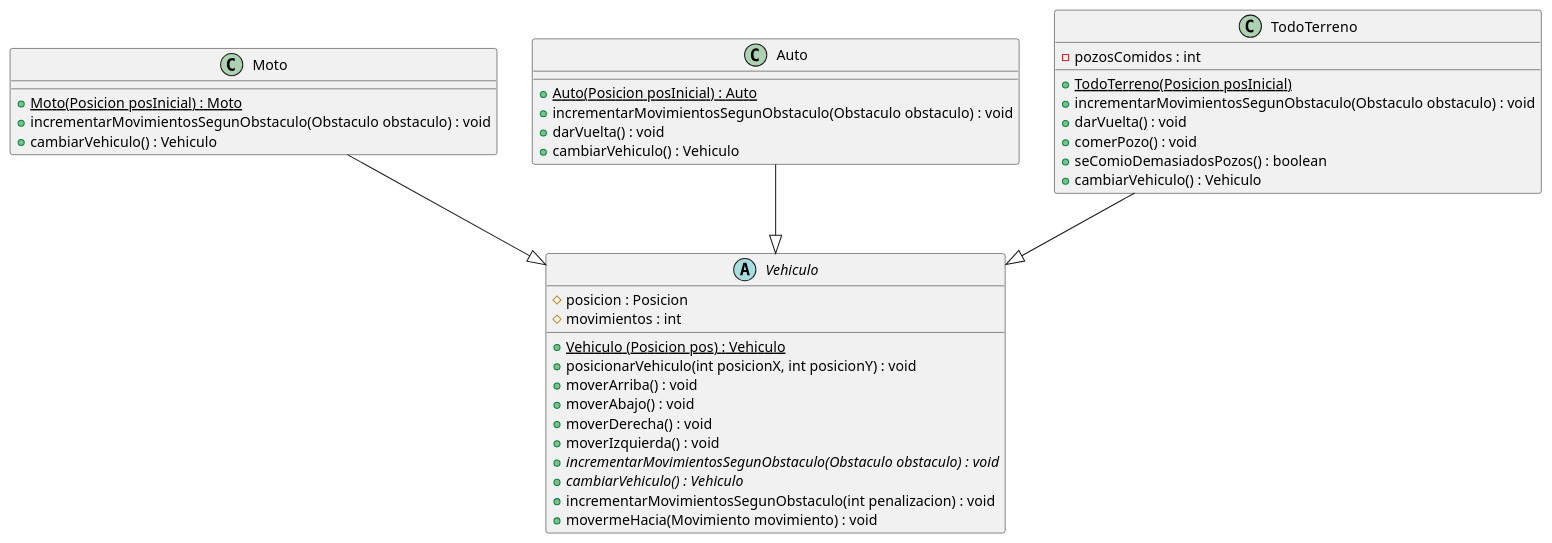
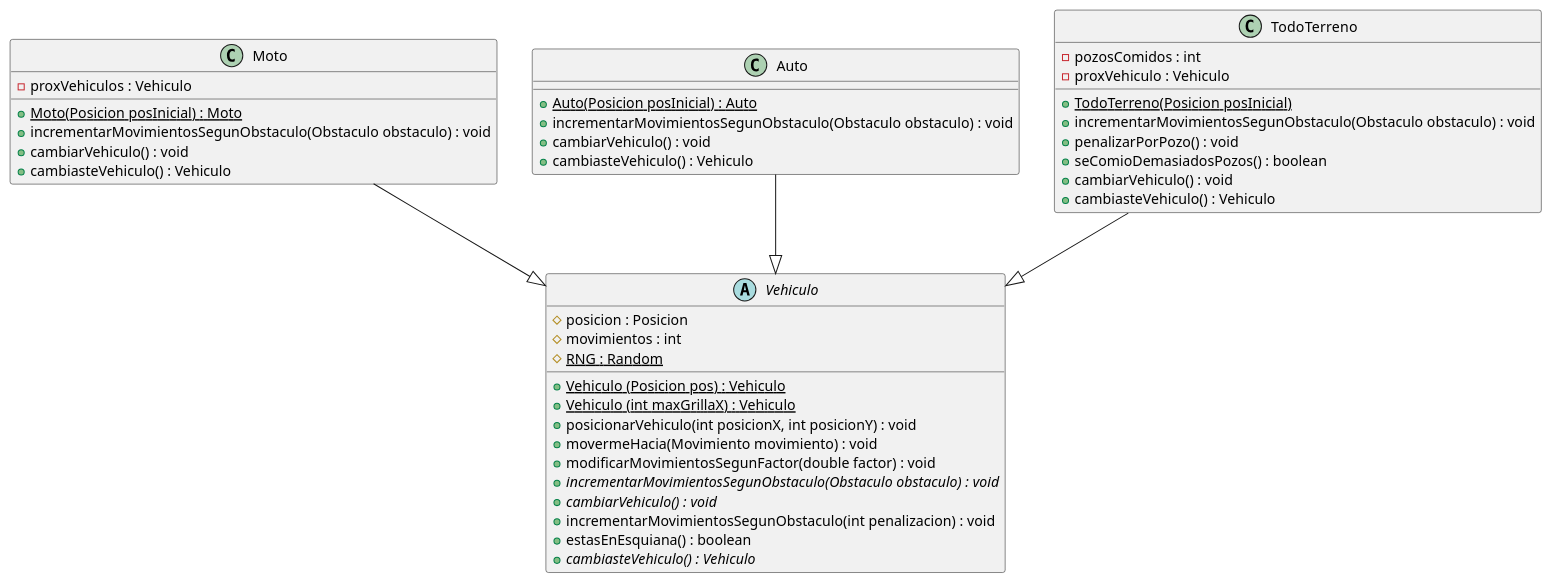
The diagram in Entrega2/DiagramaDeClases/DiagramaDeClasesVehiculos.puml (kikiymini/algo3_tp2), drawn with PlantUML before and after one commit.

Commit message:
actualizo diagrama de clases de vehiculos

```diff
--- a/Entrega2/DiagramaDeClases/DiagramaDeClasesVehiculos.puml
+++ b/Entrega2/DiagramaDeClases/DiagramaDeClasesVehiculos.puml
@@ -1,49 +1,53 @@
 @startuml
     'https://plantuml.com/class-diagram
 
 
     abstract Vehiculo{
         # posicion : Posicion
         # movimientos : int
+        # {static} RNG : Random
 
         + {static} Vehiculo (Posicion pos) : Vehiculo
+        + {static} Vehiculo (int maxGrillaX) : Vehiculo
         + posicionarVehiculo(int posicionX, int posicionY) : void
-        + moverArriba() : void
-        + moverAbajo() : void
-        + moverDerecha() : void
-        + moverIzquierda() : void
+        + movermeHacia(Movimiento movimiento) : void
+        + modificarMovimientosSegunFactor(double factor) : void
         + {abstract} incrementarMovimientosSegunObstaculo(Obstaculo obstaculo) : void
-        + {abstract} cambiarVehiculo() : Vehiculo
+        + {abstract} cambiarVehiculo() : void
         + incrementarMovimientosSegunObstaculo(int penalizacion) : void
-        + movermeHacia(Movimiento movimiento) : void
+        + estasEnEsquiana() : boolean
+        + {abstract} cambiasteVehiculo() : Vehiculo
     }
 
 
     class Moto{
+        - proxVehiculos : Vehiculo
         + {static} Moto(Posicion posInicial) : Moto
         + incrementarMovimientosSegunObstaculo(Obstaculo obstaculo) : void
-        + cambiarVehiculo() : Vehiculo
+        + cambiarVehiculo() : void
+        + cambiasteVehiculo() : Vehiculo
     }
 
     class Auto{
         + {static} Auto(Posicion posInicial) : Auto
         + incrementarMovimientosSegunObstaculo(Obstaculo obstaculo) : void
-        + darVuelta() : void
-        + cambiarVehiculo() : Vehiculo
+        + cambiarVehiculo() : void
+        + cambiasteVehiculo() : Vehiculo
     }
 
     class TodoTerreno{
         - pozosComidos : int
+        - proxVehiculo : Vehiculo
         + {static} TodoTerreno(Posicion posInicial)
         + incrementarMovimientosSegunObstaculo(Obstaculo obstaculo) : void
-        + darVuelta() : void
-        + comerPozo() : void
+        + penalizarPorPozo() : void
         + seComioDemasiadosPozos() : boolean
-        + cambiarVehiculo() : Vehiculo
+        + cambiarVehiculo() : void
+        + cambiasteVehiculo() : Vehiculo
     }
 
     Moto --|> Vehiculo
     Auto --|> Vehiculo
     TodoTerreno --|> Vehiculo
 
 @enduml
```
